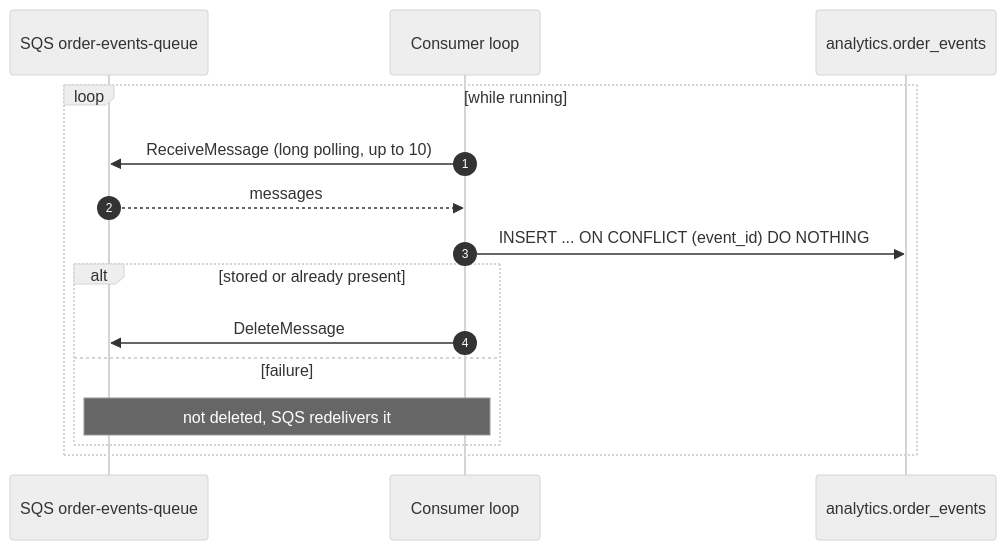
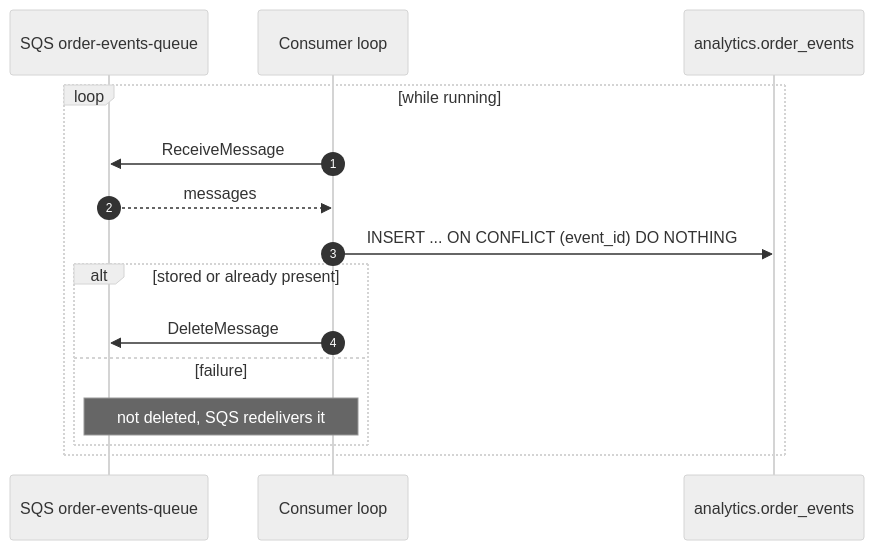
One commit to Samuel0023/cocos-challenge changed the sixth of 6 diagrams in docs/flows.md. Above: the diagram before and after it, drawn with Mermaid (neutral theme). The commit also changed other lines of this file and 13 other files, not shown here.

````diff
--- a/docs/flows.md
+++ b/docs/flows.md
@@ -146,17 +135,17 @@
 ```mermaid
 sequenceDiagram
   autonumber
   participant Q as SQS order-events-queue
   participant L as Consumer loop
   participant PG as analytics.order_events
   loop while running
-    L->>Q: ReceiveMessage (long polling, up to 10)
+    L->>Q: ReceiveMessage
     Q-->>L: messages
     L->>PG: INSERT ... ON CONFLICT (event_id) DO NOTHING
     alt stored or already present
       L->>Q: DeleteMessage
     else failure
       Note over L,Q: not deleted, SQS redelivers it
     end
   end
 ```
````
